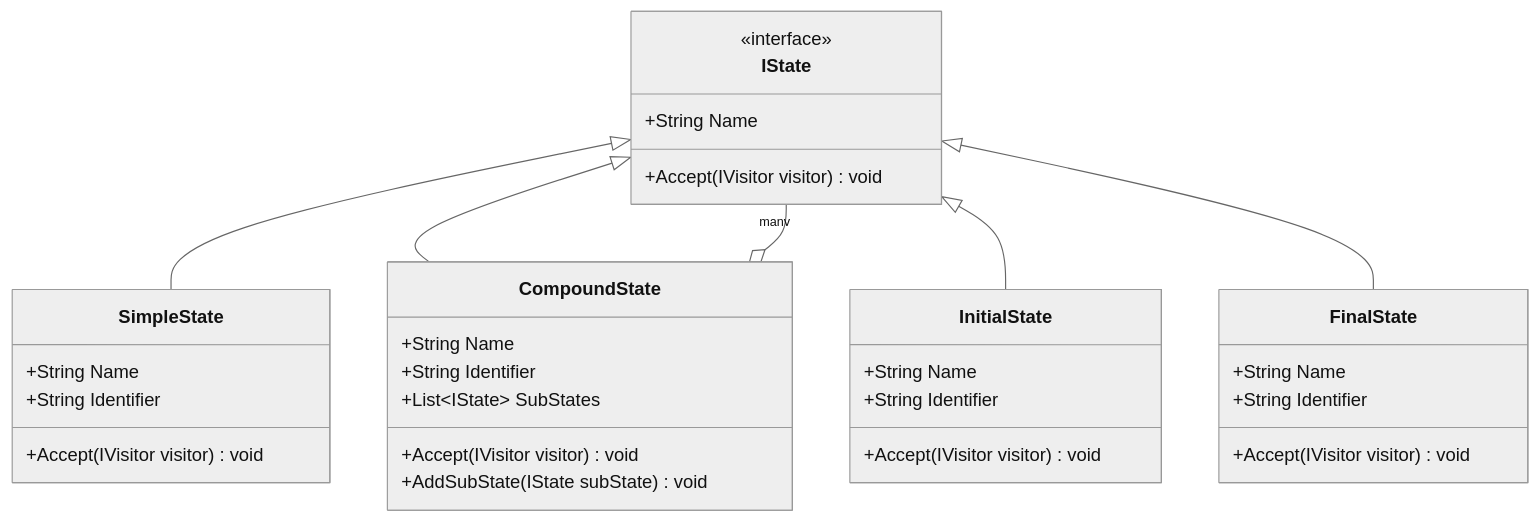
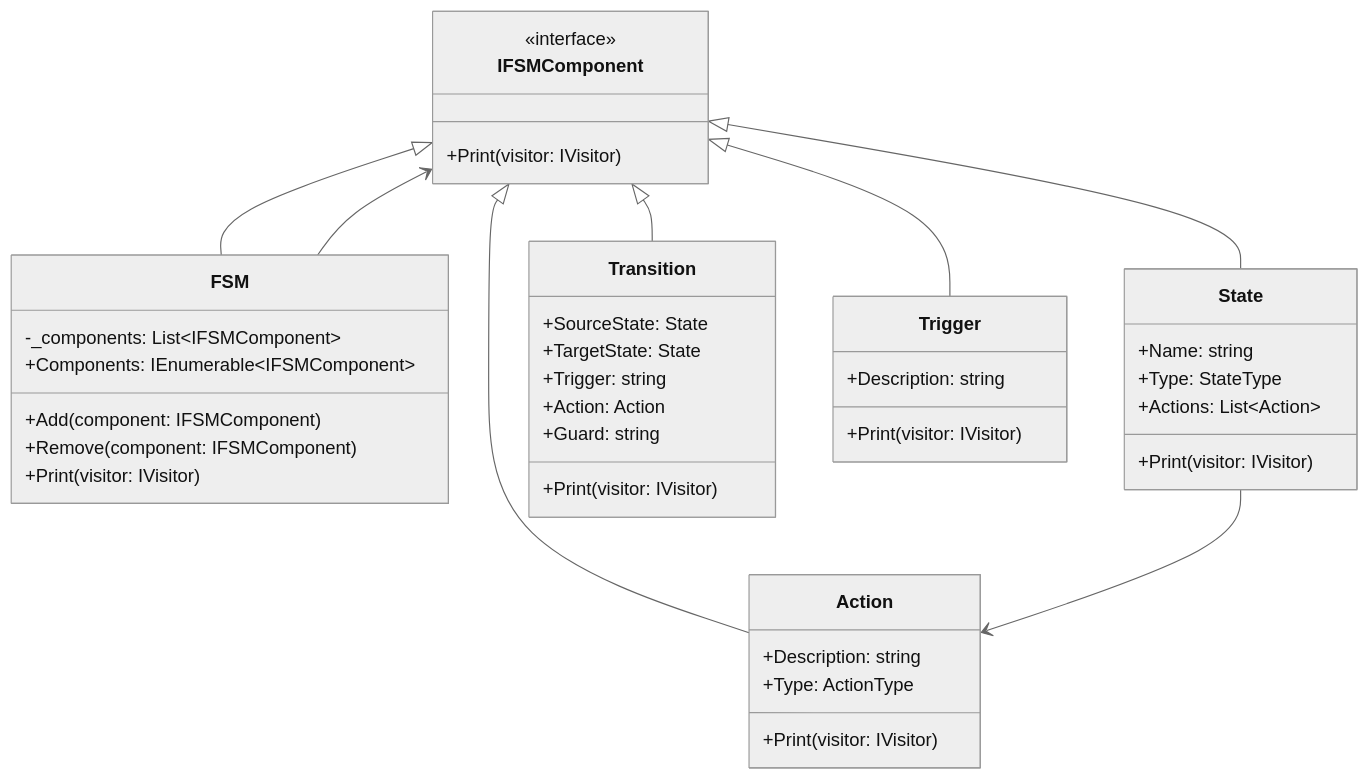
One commit to Barthol1/Avans-DPAT-2425 changed the fourth of 6 diagrams in README.md. Above: the diagram before and after it, drawn with Mermaid (neutral theme). The commit also changed other lines of this file and 8 other files, not shown here.

````diff
--- a/README.md
+++ b/README.md
@@ -327,40 +277,51 @@
 ```mermaid
 classDiagram
-    class IState {
+    class IFSMComponent {
         <<interface>>
-        +String Name
-        +Accept(IVisitor visitor) void
+        +Print(visitor: IVisitor)
     }
-    
-    class SimpleState {
-        +String Name
-        +String Identifier
-        +Accept(IVisitor visitor) void
+
+    class FSM {
+        -_components: List~IFSMComponent~
+        +Components: IEnumerable~IFSMComponent~
+        +Add(component: IFSMComponent)
+        +Remove(component: IFSMComponent)
+        +Print(visitor: IVisitor)
     }
-    
-    class CompoundState {
-        +String Name
-        +String Identifier
-        +List~IState~ SubStates
-        +Accept(IVisitor visitor) void
-        +AddSubState(IState subState) void
+
+    class State {
+        +Name: string
+        +Type: StateType
+        +Actions: List~Action~
+        +Print(visitor: IVisitor)
     }
-    
-    class InitialState {
-        +String Name
-        +String Identifier
-        +Accept(IVisitor visitor) void
+
+    class Transition {
+        +SourceState: State
+        +TargetState: State
+        +Trigger: string
+        +Action: Action
+        +Guard: string
+        +Print(visitor: IVisitor)
     }
-    
-    class FinalState {
-        +String Name
-        +String Identifier
-        +Accept(IVisitor visitor) void
+
+    class Action {
+        +Description: string
+        +Type: ActionType
+        +Print(visitor: IVisitor)
     }
-    
-    IState <|-- SimpleState
-    IState <|-- CompoundState
-    IState <|-- InitialState
-    IState <|-- FinalState
-    CompoundState o-- "many" IState
+
+    class Trigger {
+        +Description: string
+        +Print(visitor: IVisitor)
+    }
+
+    IFSMComponent <|-- FSM
+    IFSMComponent <|-- State
+    IFSMComponent <|-- Transition
+    IFSMComponent <|-- Action
+    IFSMComponent <|-- Trigger
+
+    FSM --> IFSMComponent
+    State --> Action
 ```
````
